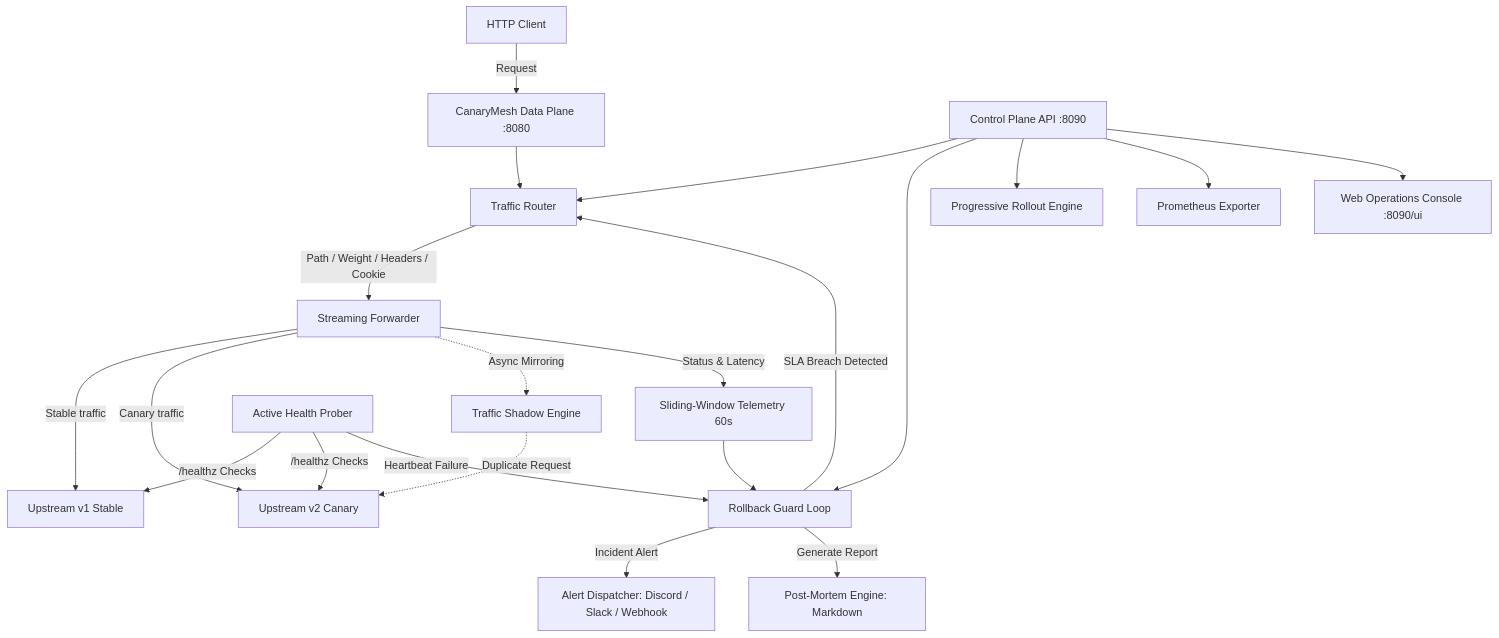
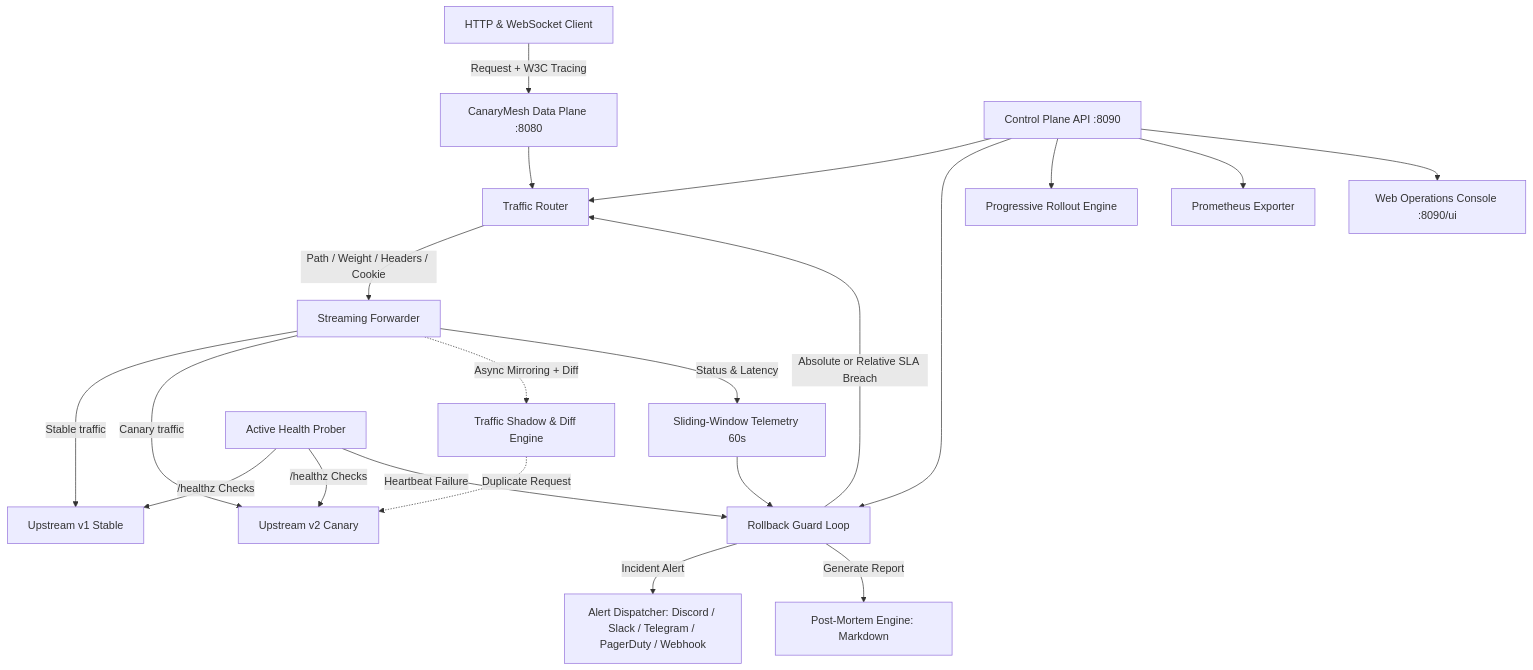
The diagram in docs/architecture.md (alexandrmotologa/canarymesh), drawn with Mermaid before and after one commit. The commit also changed other lines of this file and 6 other files, not shown here.

Commit message:
docs: update architecture, cli-reference, routing, and refresh ui screenshots

````diff
--- a/docs/architecture.md
+++ b/docs/architecture.md
@@ -5,25 +5,25 @@
 ```mermaid
 graph TD
-    Client[HTTP Client] -->|Request| Proxy[CanaryMesh Data Plane :8080]
+    Client[HTTP & WebSocket Client] -->|Request + W3C Tracing| Proxy[CanaryMesh Data Plane :8080]
     Proxy --> Router[Traffic Router]
     Router -->|Path / Weight / Headers / Cookie| Forwarder[Streaming Forwarder]
     Forwarder -->|Stable traffic| Stable[Upstream v1 Stable]
     Forwarder -->|Canary traffic| Canary[Upstream v2 Canary]
-    Forwarder -.->|Async Mirroring| Shadow[Traffic Shadow Engine]
+    Forwarder -.->|Async Mirroring + Diff| Shadow[Traffic Shadow & Diff Engine]
     Shadow -.->|Duplicate Request| Canary
     
     Forwarder -->|Status & Latency| Telemetry[Sliding-Window Telemetry 60s]
     Telemetry --> Guard[Rollback Guard Loop]
     Prober[Active Health Prober] -->|/healthz Checks| Stable
     Prober -->|/healthz Checks| Canary
     Prober -->|Heartbeat Failure| Guard
-    Guard -->|SLA Breach Detected| Router
-    Guard -->|Incident Alert| Webhook[Alert Dispatcher: Discord / Slack / Webhook]
+    Guard -->|Absolute or Relative SLA Breach| Router
+    Guard -->|Incident Alert| Webhook[Alert Dispatcher: Discord / Slack / Telegram / PagerDuty / Webhook]
     Guard -->|Generate Report| PostMortem[Post-Mortem Engine: Markdown]
     
     API[Control Plane API :8090] --> Router
     API --> Guard
     API --> Rollout[Progressive Rollout Engine]
     API --> Metrics[Prometheus Exporter]
     API --> WebUI[Web Operations Console :8090/ui]
 ```
````
